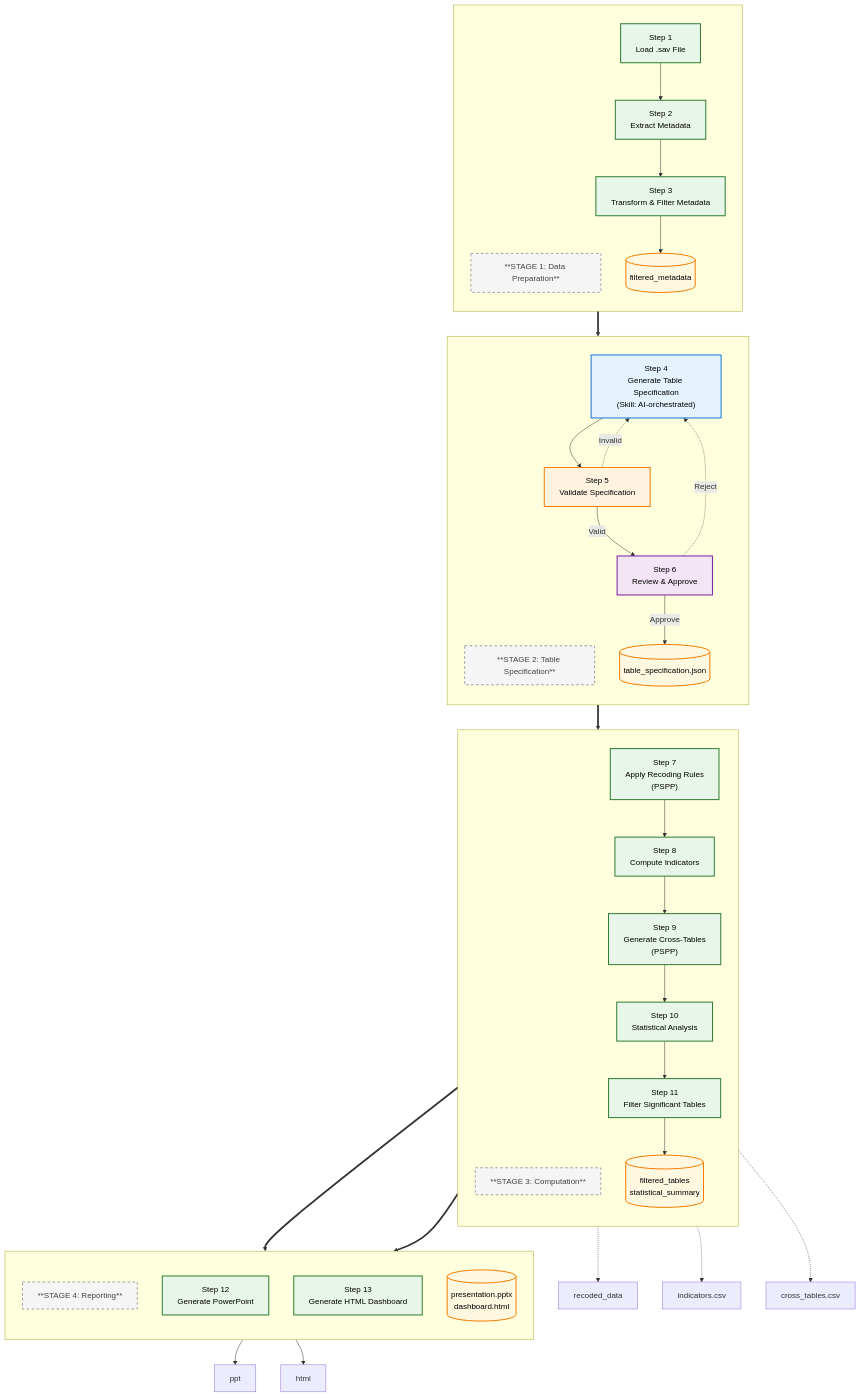
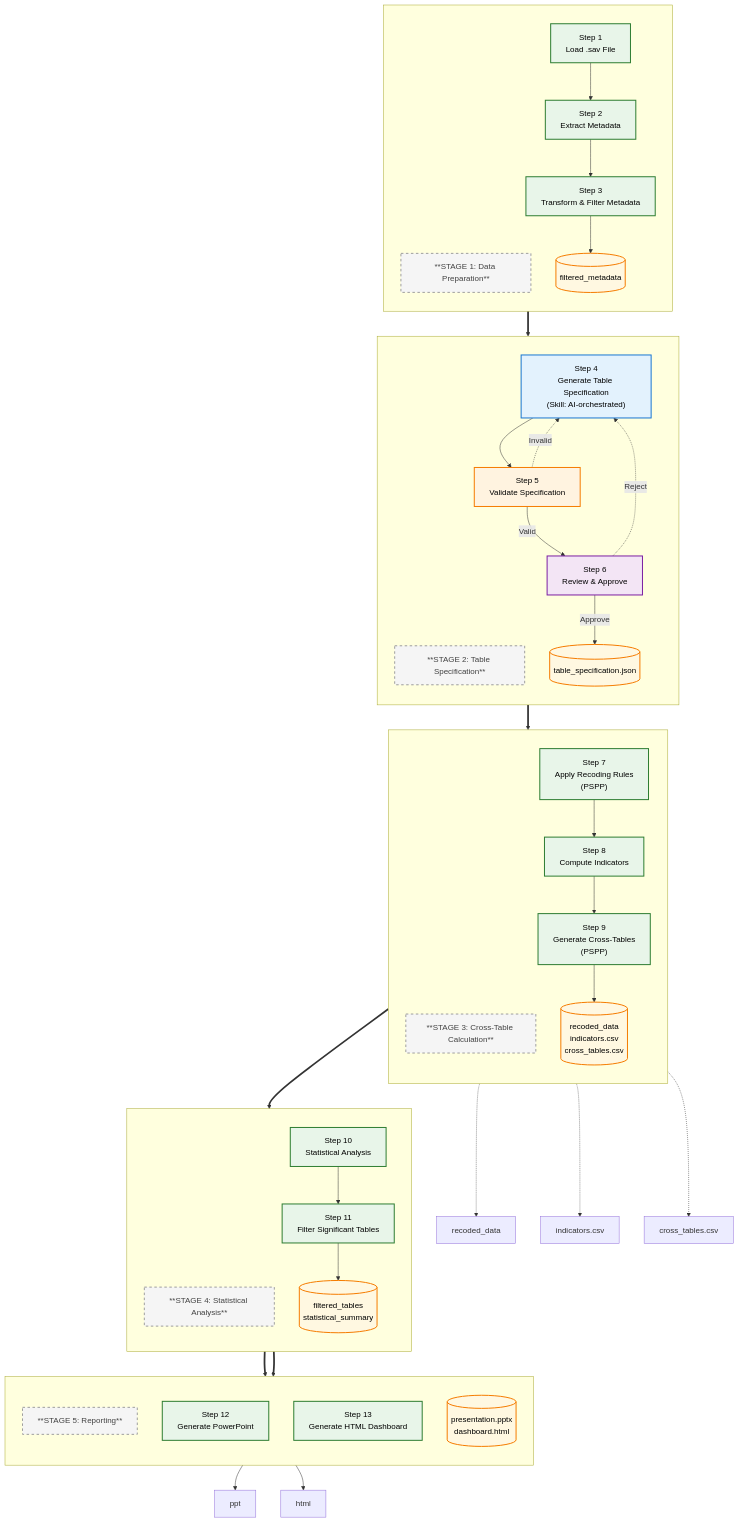
One commit to abcxyzx0099/datachat changed the diagram in docs/application-design/data-flow.md. Above: the diagram before and after it, drawn with Mermaid. The commit also changed other lines of this file, not shown here.

First line of the commit message:
docs: split Stage 3 into two stages

````diff
--- a/docs/application-design/data-flow.md
+++ b/docs/application-design/data-flow.md
@@ -86,72 +86,82 @@
 ```mermaid
 flowchart TD
     %% Define styles
     classDef processingGreen fill:#e8f5e9,stroke:#2e7d32,stroke-width:2px,color:#000
     classDef processingBlue fill:#e3f2fd,stroke:#1976d2,stroke-width:2px,color:#000
     classDef processingOrange fill:#fff3e0,stroke:#f57c00,stroke-width:2px,color:#000
     classDef processingPurple fill:#f3e5f5,stroke:#7b1fa2,stroke-width:2px,color:#000
     classDef artifactStyle fill:#fff8e1,stroke:#f57c00,stroke-width:2px,color:#000
     classDef stageLabelStyle fill:#f5f5f5,stroke:#9e9e9e,stroke-width:2px,stroke-dasharray:5 5,color:#424242
 
     %% STAGE 1: Data Preparation
     subgraph STAGE1[" "]
         direction TB
         stage1_label["**STAGE 1: Data Preparation**"]:::stageLabelStyle
 
         S1["Step 1<br/>Load .sav File"]:::processingGreen
         S2["Step 2<br/>Extract Metadata"]:::processingGreen
         S3["Step 3<br/>Transform & Filter Metadata"]:::processingGreen
         metadata[("filtered_metadata")]:::artifactStyle
     end
 
     %% STAGE 2: Table Specification
     subgraph STAGE2[" "]
         direction TB
         stage2_label["**STAGE 2: Table Specification**"]:::stageLabelStyle
 
         S4["Step 4<br/>Generate Table Specification<br/>(Skill: AI-orchestrated)"]:::processingBlue
         S5["Step 5<br/>Validate Specification"]:::processingOrange
         S6["Step 6<br/>Review & Approve"]:::processingPurple
         tableSpec[("table_specification.json")]:::artifactStyle
     end
 
-    %% STAGE 3: Computation
+    %% STAGE 3: Cross-Table Calculation
     subgraph STAGE3[" "]
         direction TB
-        stage3_label["**STAGE 3: Computation**"]:::stageLabelStyle
+        stage3_label["**STAGE 3: Cross-Table Calculation**"]:::stageLabelStyle
 
         S7["Step 7<br/>Apply Recoding Rules<br/>(PSPP)"]:::processingGreen
         S8["Step 8<br/>Compute Indicators"]:::processingGreen
         S9["Step 9<br/>Generate Cross-Tables<br/>(PSPP)"]:::processingGreen
+        crosstabs[("recoded_data<br/>indicators.csv<br/>cross_tables.csv")]:::artifactStyle
+    end
+
+    %% STAGE 4: Statistical Analysis
+    subgraph STAGE4[" "]
+        direction TB
+        stage4_label["**STAGE 4: Statistical Analysis**"]:::stageLabelStyle
+
         S10["Step 10<br/>Statistical Analysis"]:::processingGreen
         S11["Step 11<br/>Filter Significant Tables"]:::processingGreen
         results[("filtered_tables<br/>statistical_summary")]:::artifactStyle
     end
 
-    %% STAGE 4: Output
-    subgraph STAGE4[" "]
+    %% STAGE 5: Reporting
+    subgraph STAGE5[" "]
         direction TB
-        stage4_label["**STAGE 4: Reporting**"]:::stageLabelStyle
+        stage5_label["**STAGE 5: Reporting**"]:::stageLabelStyle
 
         S12["Step 12<br/>Generate PowerPoint"]:::processingGreen
         S13["Step 13<br/>Generate HTML Dashboard"]:::processingGreen
         outputs[("presentation.pptx<br/>dashboard.html")]:::artifactStyle
     end
 
     %% Data flow edges
     S1 --> S2 --> S3 --> metadata
     metadata ==> S4
     S4 --> S5
     S5 -->|Valid| S6
     S5 -.->|Invalid| S4
     S6 -->|Approve| tableSpec
     S6 -.->|Reject| S4
 
-    tableSpec ==> S7 --> S8 --> S9 --> S10 --> S11 --> results
+    tableSpec ==> S7 --> S8 --> S9 --> crosstabs
     S7 -.-> recoded_data
     S8 -.-> indicators.csv
     S9 -.-> cross_tables.csv
 
+    crosstabs ==> S10 --> S11 --> results
+
     results ==> S12 --> ppt
     results ==> S13 --> html
 ```
````
